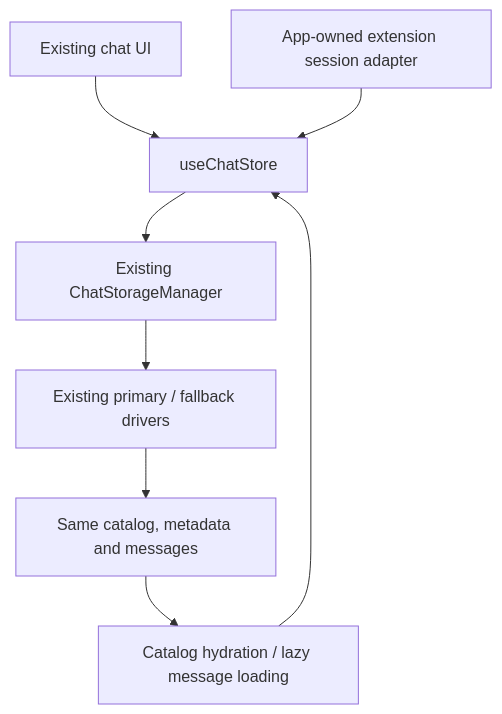
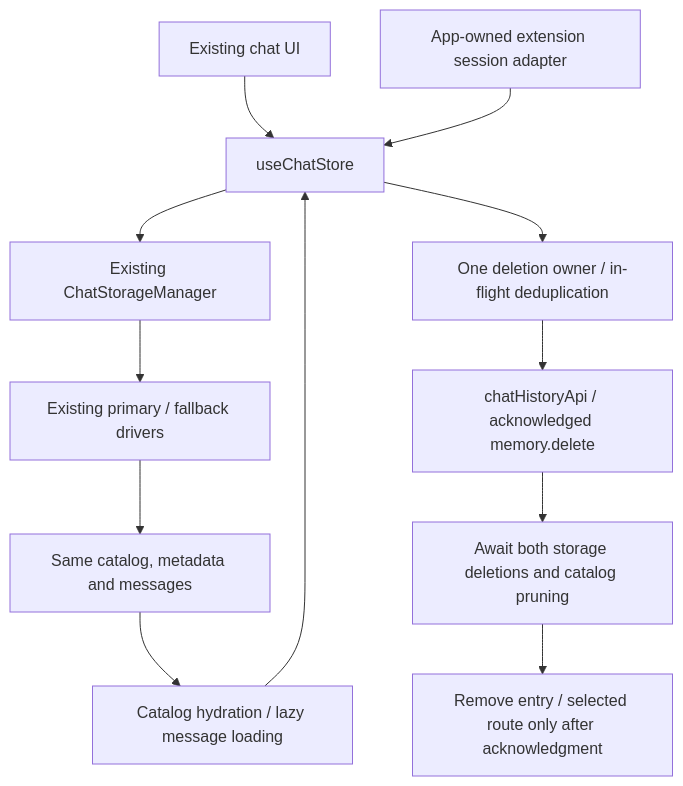
One commit to cluaiz/cluaiz-app changed the diagram in src/store/chat/README.md. Above: the diagram before and after it, drawn with Mermaid. The commit also changed other lines of this file and 16 other files, not shown here.

Commit message:
fix(app/history): await chat deletion and retention cleanup

````diff
--- a/src/store/chat/README.md
+++ b/src/store/chat/README.md
@@ -11,10 +11,14 @@
 ```mermaid
 flowchart TD
   UI["Existing chat UI"] --> S["useChatStore"]
   M["App-owned extension session adapter"] --> S
   S --> P["Existing ChatStorageManager"]
+  S --> R["One deletion owner / in-flight deduplication"]
+  R --> E["chatHistoryApi / acknowledged memory.delete"]
+  E --> DQ["Await both storage deletions and catalog pruning"]
+  DQ --> V["Remove entry / selected route only after acknowledgment"]
   P --> D["Existing primary / fallback drivers"]
   D --> C["Same catalog, metadata and messages"]
   C --> H["Catalog hydration / lazy message loading"]
   H --> S
 ```
````
